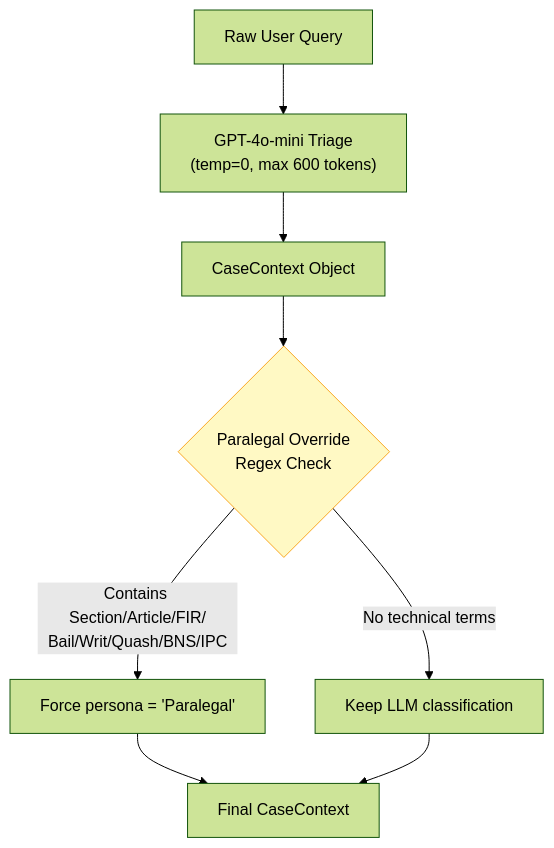
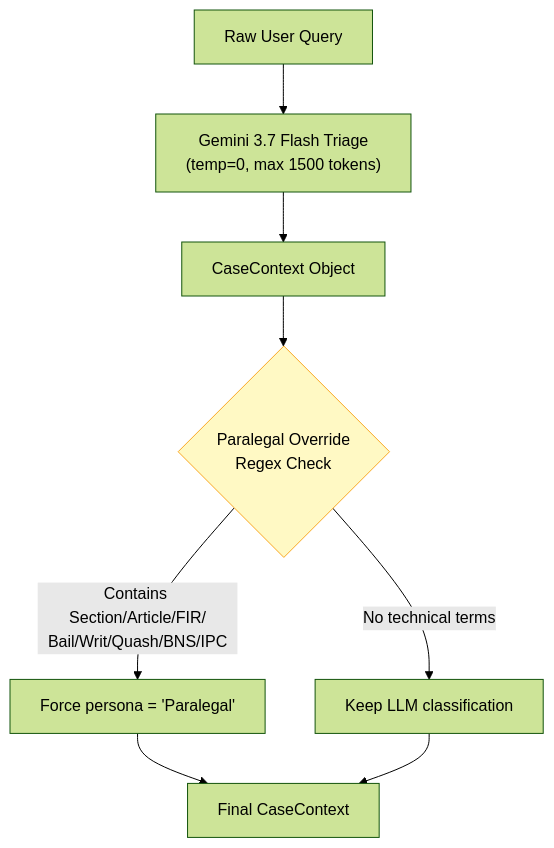
The third of 9 diagrams in README.md (uditauniyal/legal-mvp), drawn with Mermaid (forest theme) before and after one commit. The commit also changed other lines of this file and 10 other files, not shown here.

````diff
--- a/README.md
+++ b/README.md
@@ -189,12 +442,12 @@
 ```mermaid
 flowchart TD
-    Q["Raw User Query"] --> LLM["GPT-4o-mini Triage<br/>(temp=0, max 600 tokens)"]
+    Q["Raw User Query"] --> LLM["Gemini 3.7 Flash Triage<br/>(temp=0, max 1500 tokens)"]
     LLM --> CC["CaseContext Object"]
     CC --> REGEX{"Paralegal Override<br/>Regex Check"}
     REGEX -->|"Contains Section/Article/FIR/<br/>Bail/Writ/Quash/BNS/IPC"| FORCE["Force persona = 'Paralegal'"]
     REGEX -->|"No technical terms"| PASS["Keep LLM classification"]
     FORCE --> OUT["Final CaseContext"]
     PASS --> OUT
 
     style REGEX fill:#fff9c4,stroke:#F9A825
 ```
````
